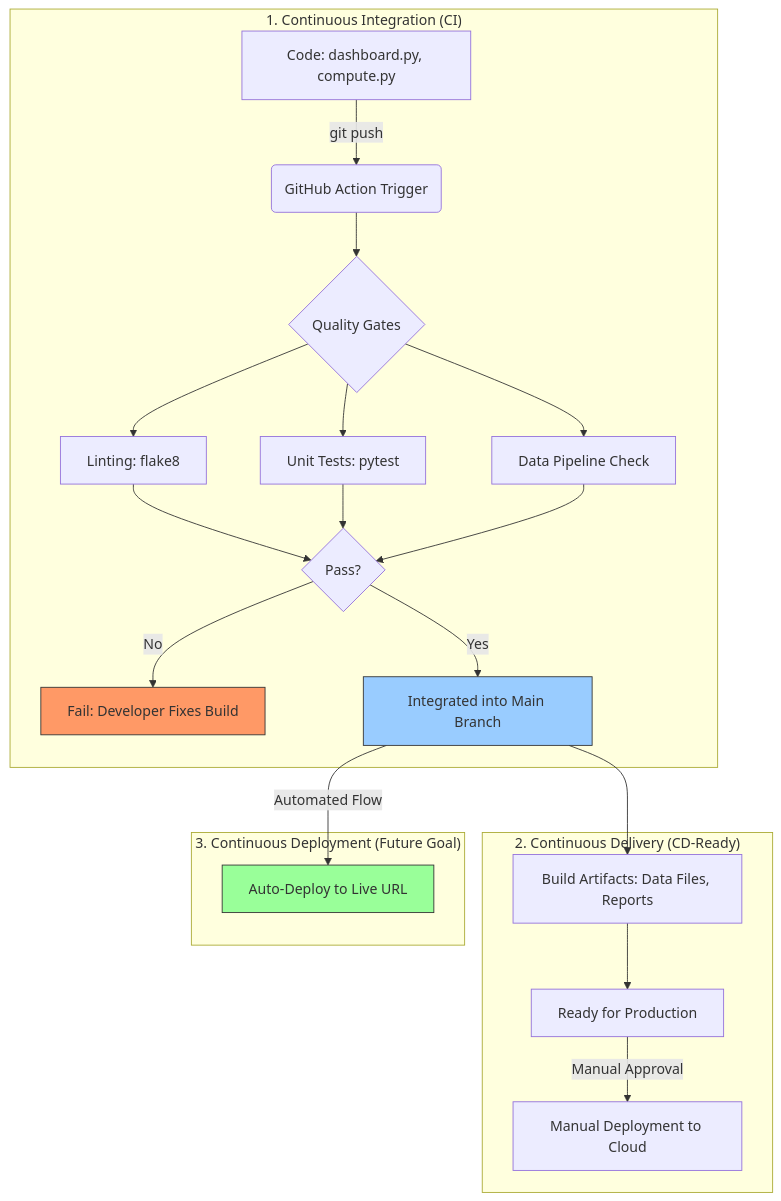
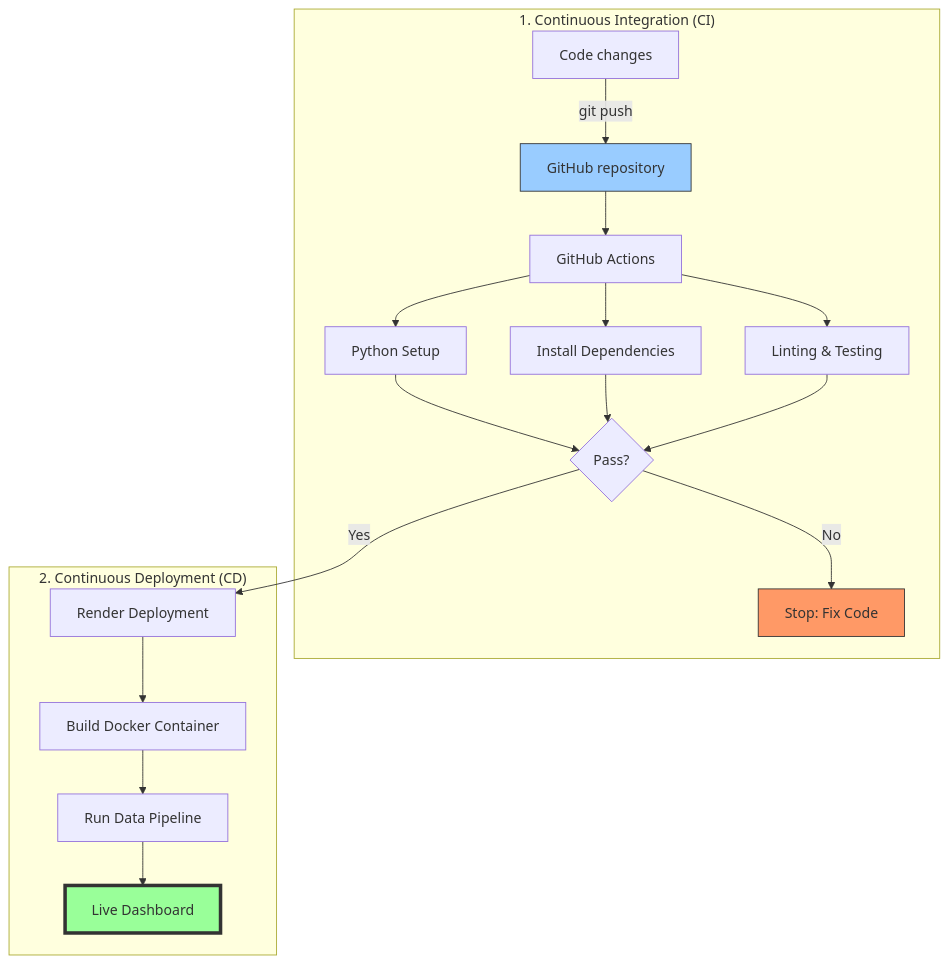
The diagram in CICD_OVERVIEW.md (shashanksuresh18/power_outage_response-_analysis), drawn with Mermaid before and after one commit. The commit also changed other lines of this file, not shown here.

Commit message:
docs: Update CI/CD diagram for Render deployment

````diff
--- a/CICD_OVERVIEW.md
+++ b/CICD_OVERVIEW.md
@@ -27,27 +28,23 @@
 ```mermaid
 graph TD
     subgraph "1. Continuous Integration (CI)"
-    A[Code: dashboard.py, compute.py] -- "git push" --> B(GitHub Action Trigger)
-    B --> C{Quality Gates}
-    C --> C1[Linting: flake8]
-    C --> C2[Unit Tests: pytest]
-    C --> C3[Data Pipeline Check]
+    A[Code changes] -- "git push" --> B[GitHub repository]
+    B --> C[GitHub Actions]
+    C --> C1[Python Setup]
+    C --> C2[Install Dependencies]
+    C --> C3[Linting & Testing]
     C1 & C2 & C3 --> D{Pass?}
-    D -- No --> E[Fail: Developer Fixes Build]
-    D -- Yes --> F[Integrated into Main Branch]
+    D -- No --> E[Stop: Fix Code]
     end
 
-    subgraph "2. Continuous Delivery (CD-Ready)"
-    F --> G[Build Artifacts: Data Files, Reports]
-    G --> H[Ready for Production]
-    H -- "Manual Approval" --> I[Manual Deployment to Cloud]
-    end
-
-    subgraph "3. Continuous Deployment (Future Goal)"
-    F -- "Automated Flow" --> J[Auto-Deploy to Live URL]
+    subgraph "2. Continuous Deployment (CD)"
+    D -- Yes --> F[Render Deployment]
+    F --> G[Build Docker Container]
+    G --> H[Run Data Pipeline]
+    H --> I[Live Dashboard]
     end
 
     style E fill:#f96,stroke:#333
-    style J fill:#9f9,stroke:#333
-    style F fill:#9cf,stroke:#333
+    style I fill:#9f9,stroke:#333,stroke-width:4px
+    style B fill:#9cf,stroke:#333
 ```
````
